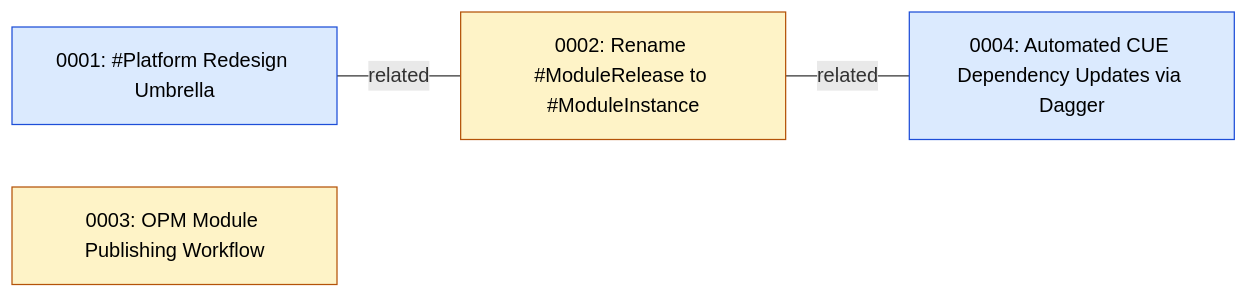
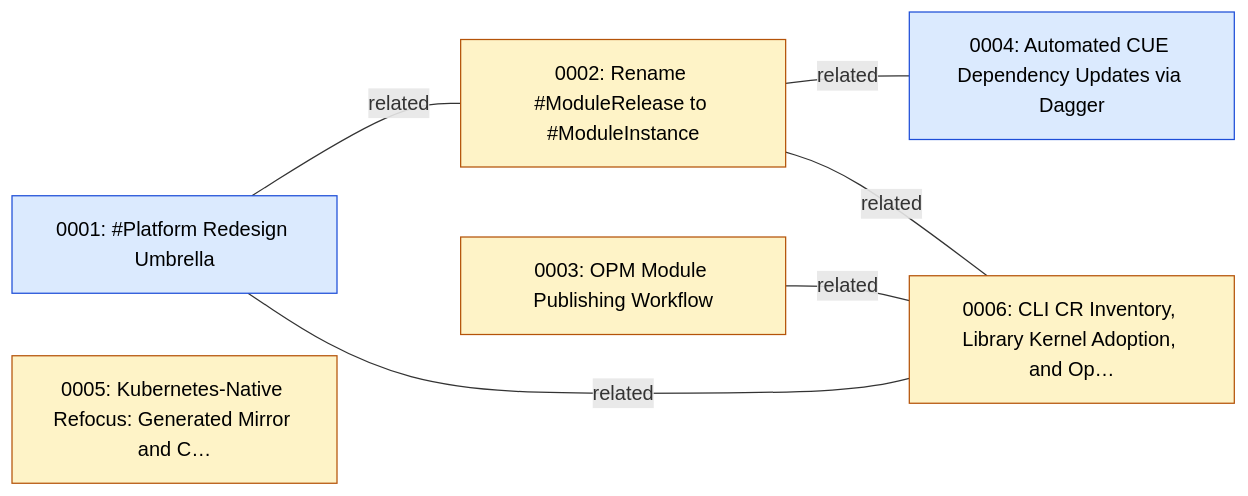
Before and after one commit to open-platform-model/enhancements: the first of 2 diagrams in GRAPH.md, drawn with Mermaid. The commit also changed 15 other files, not shown here.

Commit message:
docs(enhancements): add 0006 cli kernel handoff, re-scope 0001 to delegate cli rewrite

````diff
--- a/GRAPH.md
+++ b/GRAPH.md
@@ -5,16 +5,21 @@
 ```mermaid
 graph LR
   classDef draft       fill:#fef3c7,stroke:#b45309,color:#000
   classDef accepted    fill:#dbeafe,stroke:#1d4ed8,color:#000
   classDef implemented fill:#dcfce7,stroke:#15803d,color:#000
   classDef superseded  fill:#e5e7eb,stroke:#6b7280,color:#6b7280
   classDef legacy      fill:#fafafa,stroke:#9ca3af,color:#6b7280,stroke-dasharray:3 3
 
   N0001["0001: #Platform Redesign Umbrella"]:::accepted
   N0002["0002: Rename #ModuleRelease to #ModuleInstance"]:::draft
   N0003["0003: OPM Module Publishing Workflow"]:::draft
   N0004["0004: Automated CUE Dependency Updates via Dagger"]:::accepted
+  N0005["0005: Kubernetes-Native Refocus: Generated Mirror and C…"]:::draft
+  N0006["0006: CLI CR Inventory, Library Kernel Adoption, and Op…"]:::draft
 
   N0001 ---|related| N0002
+  N0001 ---|related| N0006
   N0002 ---|related| N0004
+  N0002 ---|related| N0006
+  N0003 ---|related| N0006
 ```
````
